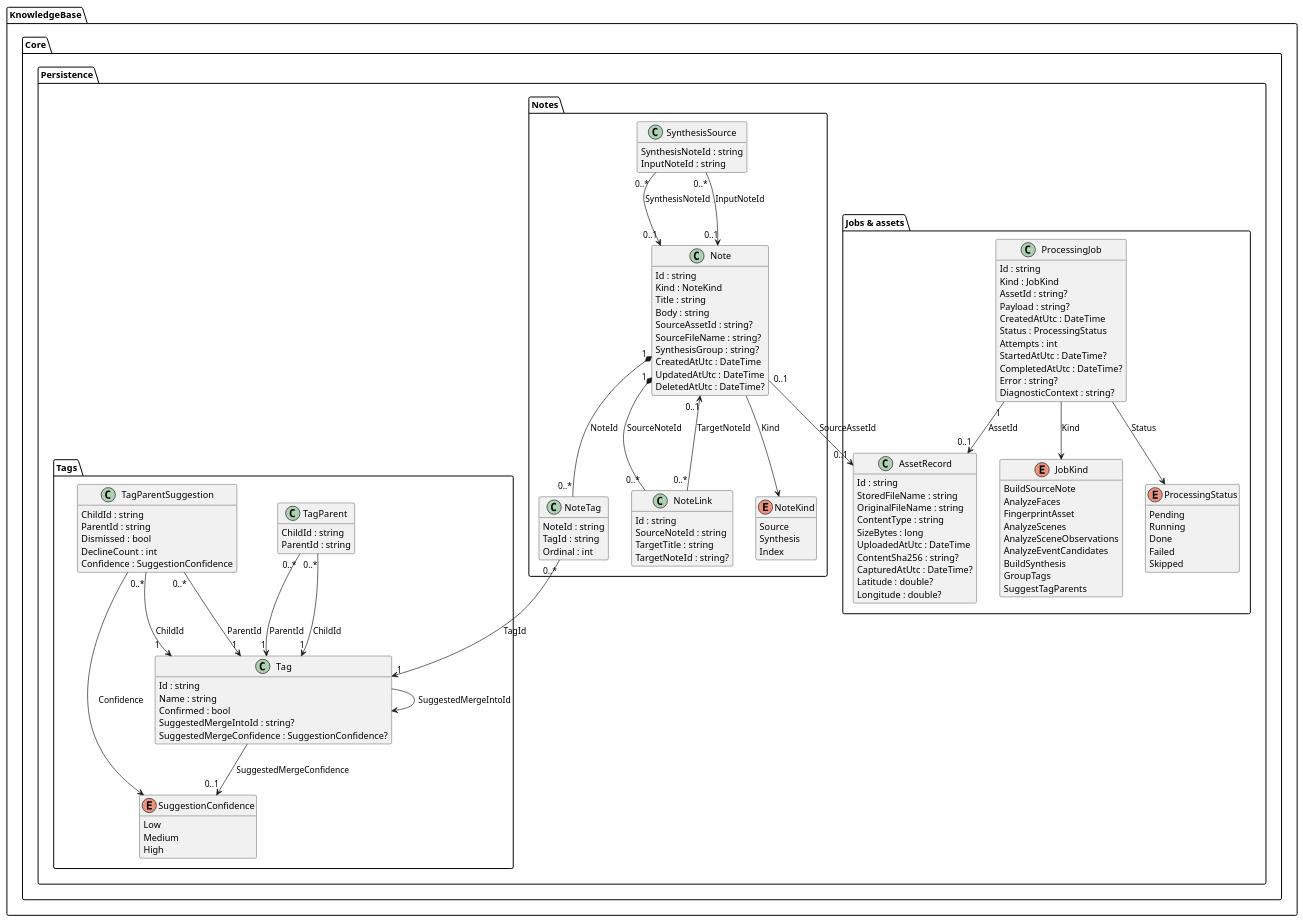
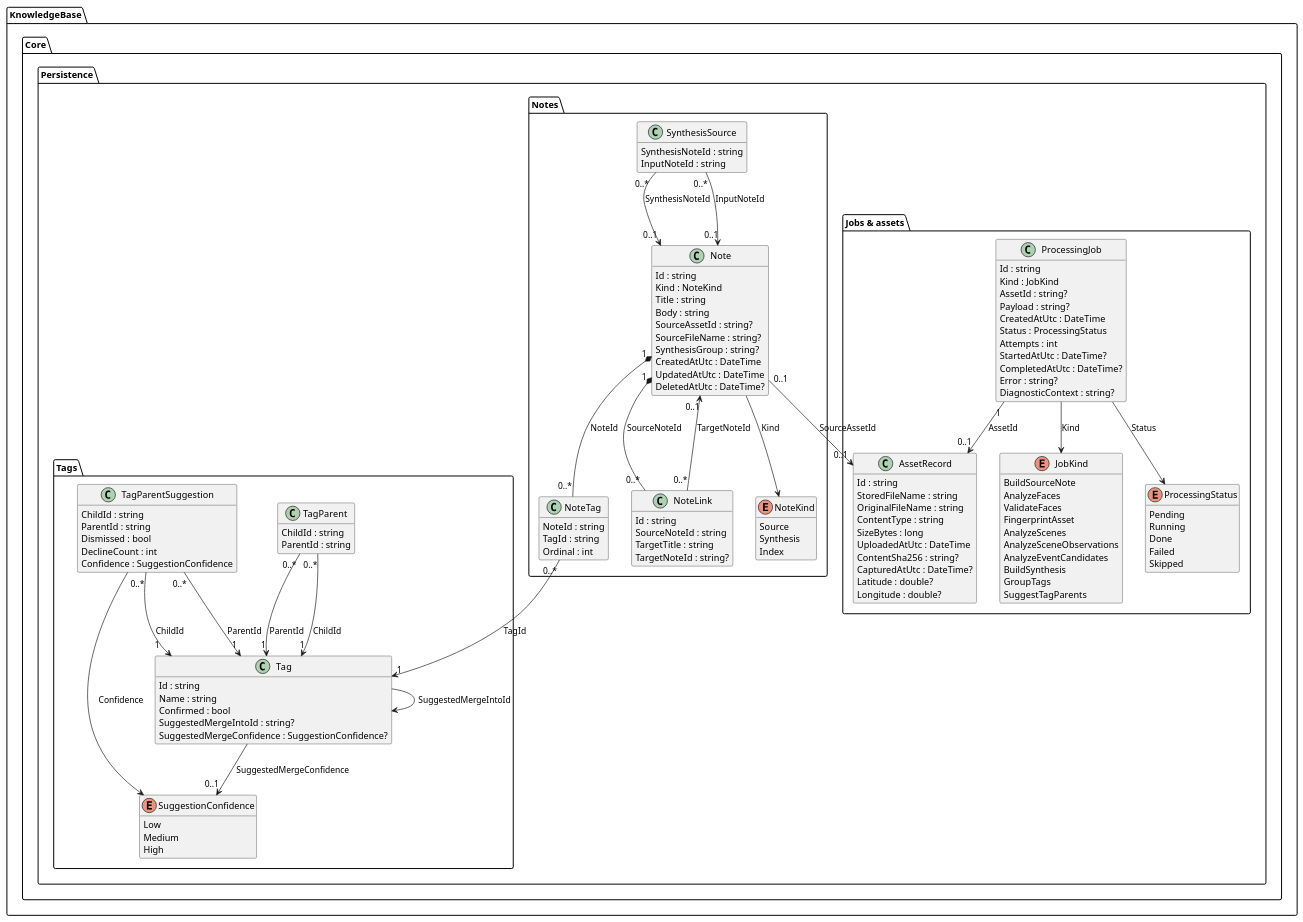
The diagram in schema.puml (KoroVaik/KnowledgeBase), drawn with PlantUML before and after one commit. The commit also changed 96 other files, not shown here.

```diff
--- a/schema.puml
+++ b/schema.puml
@@ -1,165 +1,166 @@
 @startuml schema
 ' Generation-related entities and their direct links.
 ' Scope: the AI generation pipeline (docs/ai-pipeline.md) - upload -> ProcessingJob ->
 ' Note -> NoteLink/NoteTag -> Tag (+ hierarchy and merge suggestions).
 ' Photo-archive analysis entities (docs/photo-archive.md) are deliberately out of scope.
 ' Kept in sync with the code by the `sync-schema` skill (.agents/skills/sync-schema).
 ' All entities live in one namespace; the inner groups are domain areas, not folders.
 hide empty members
 skinparam classAttributeIconSize 0
 
 package "KnowledgeBase.Core.Persistence" {
 
   package "Jobs & assets" {
     class AssetRecord {
       Id : string
       StoredFileName : string
       OriginalFileName : string
       ContentType : string
       SizeBytes : long
       UploadedAtUtc : DateTime
       ContentSha256 : string?
       CapturedAtUtc : DateTime?
       Latitude : double?
       Longitude : double?
     }
 
     class ProcessingJob {
       Id : string
       Kind : JobKind
       AssetId : string?
       Payload : string?
       CreatedAtUtc : DateTime
       Status : ProcessingStatus
       Attempts : int
       StartedAtUtc : DateTime?
       CompletedAtUtc : DateTime?
       Error : string?
       DiagnosticContext : string?
     }
 
     enum JobKind {
       BuildSourceNote
       AnalyzeFaces
+      ValidateFaces
       FingerprintAsset
       AnalyzeScenes
       AnalyzeSceneObservations
       AnalyzeEventCandidates
       BuildSynthesis
       GroupTags
       SuggestTagParents
     }
 
     enum ProcessingStatus {
       Pending
       Running
       Done
       Failed
       Skipped
     }
   }
 
   package "Notes" {
     class Note {
       Id : string
       Kind : NoteKind
       Title : string
       Body : string
       SourceAssetId : string?
       SourceFileName : string?
       SynthesisGroup : string?
       CreatedAtUtc : DateTime
       UpdatedAtUtc : DateTime
       DeletedAtUtc : DateTime?
     }
 
     class NoteLink {
       Id : string
       SourceNoteId : string
       TargetTitle : string
       TargetNoteId : string?
     }
 
     class NoteTag {
       NoteId : string
       TagId : string
       Ordinal : int
     }
 
     class SynthesisSource {
       SynthesisNoteId : string
       InputNoteId : string
     }
 
     enum NoteKind {
       Source
       Synthesis
       Index
     }
   }
 
   package "Tags" {
     class Tag {
       Id : string
       Name : string
       Confirmed : bool
       SuggestedMergeIntoId : string?
       SuggestedMergeConfidence : SuggestionConfidence?
     }
 
     class TagParent {
       ChildId : string
       ParentId : string
     }
 
     class TagParentSuggestion {
       ChildId : string
       ParentId : string
       Dismissed : bool
       DeclineCount : int
       Confidence : SuggestionConfidence
     }
 
     enum SuggestionConfidence {
       Low
       Medium
       High
     }
   }
 }
 
 ' --- queue: a job points at the file it processes (null for aggregation jobs)
 ProcessingJob "1" --> "0..1" AssetRecord : AssetId
 ProcessingJob --> JobKind : Kind
 ProcessingJob --> ProcessingStatus : Status
 
 ' --- note: one note per source file (null for Synthesis/Index notes)
 Note "0..1" --> "0..1" AssetRecord : SourceAssetId
 Note --> NoteKind : Kind
 
 ' --- links: owned by the source note; target resolved later by title
 Note "1" *-- "0..*" NoteLink : SourceNoteId
 NoteLink "0..*" --> "0..1" Note : TargetNoteId
 
 ' --- tags: owned by the note; Ordinal 0 is the primary tag
 Note "1" *-- "0..*" NoteTag : NoteId
 NoteTag "0..*" --> "1" Tag : TagId
 
 ' --- synthesis provenance: which notes were merged into which synthesis note
 SynthesisSource "0..*" --> "0..1" Note : SynthesisNoteId
 SynthesisSource "0..*" --> "0..1" Note : InputNoteId
 
 ' --- tag hierarchy: a DAG, not a tree - a tag may have several parents
 TagParent "0..*" --> "1" Tag : ChildId
 TagParent "0..*" --> "1" Tag : ParentId
 
 ' --- merge suggestion: the model's closest-match offer, self-referencing
 Tag --> Tag : SuggestedMergeIntoId
 Tag --> "0..1" SuggestionConfidence : SuggestedMergeConfidence
 
 ' --- parent suggestion: an AI-proposed TagParent, not yet a real link
 TagParentSuggestion "0..*" --> "1" Tag : ChildId
 TagParentSuggestion "0..*" --> "1" Tag : ParentId
 TagParentSuggestion --> SuggestionConfidence : Confidence
 
 @enduml
```
